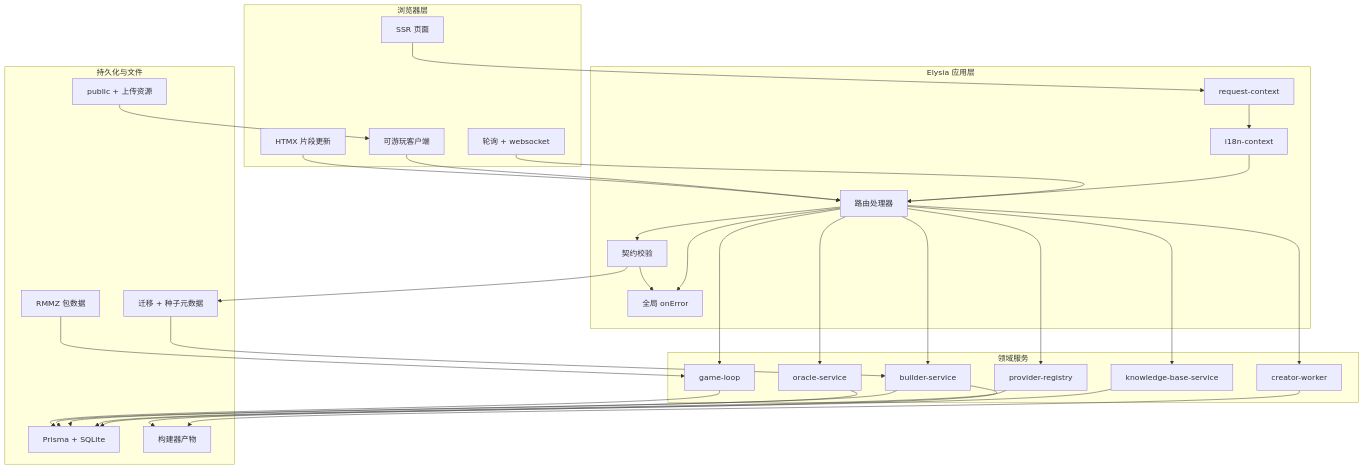
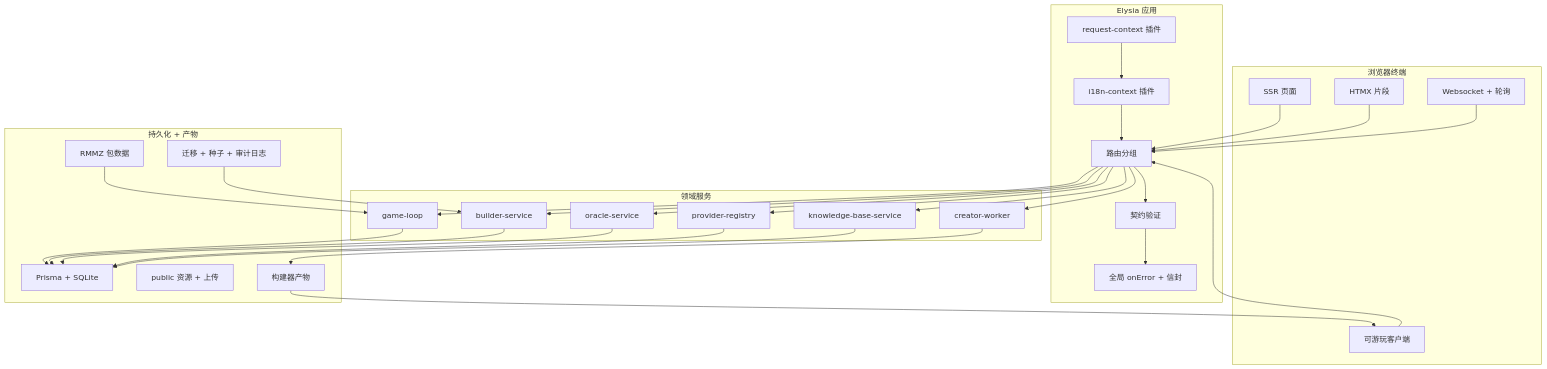
The second of 16 diagrams in README.md (d4551/tea), drawn with Mermaid before and after one commit. The commit also changed other lines of this file and 2 other files, not shown here.

````diff
--- a/README.md
+++ b/README.md
@@ -170,60 +218,52 @@
 ```mermaid
 flowchart TB
-  subgraph 浏览器层["浏览器层"]
+  subgraph Browser["浏览器终端"]
     B_Page["SSR 页面"]
-    B_Frag["HTMX 片段更新"]
+    B_Frag["HTMX 片段"]
     B_Game["可游玩客户端"]
-    B_Transport["轮询 + websocket"]
+    B_Events["Websocket + 轮询"]
   end
 
-  subgraph 应用层["Elysia 应用层"]
-    A_Ctx["request-context"]
-    A_I18n["i18n-context"]
-    A_Route["路由处理器"]
-    A_Contract["契约校验"]
-    A_Error["全局 onError"]
+  subgraph App["Elysia 应用"]
+    A_Plugin["request-context 插件"]
+    A_Locale["i18n-context 插件"]
+    A_Route["路由分组"]
+    A_Contract["契约验证"]
+    A_Error["全局 onError + 信封"]
   end
 
-  subgraph 领域层["领域服务"]
+  subgraph Domain["领域服务"]
     D_Game["game-loop"]
     D_Builder["builder-service"]
     D_Oracle["oracle-service"]
     D_AI["provider-registry"]
     D_Knowledge["knowledge-base-service"]
     D_Worker["creator-worker"]
   end
 
-  subgraph 持久化与文件["持久化与文件"]
+  subgraph Persistence["持久化 + 产物"]
     P_DB["Prisma + SQLite"]
-    P_Assets["public + 上传资源"]
+    P_Assets["public 资源 + 上传"]
     P_Artifacts["构建器产物"]
     P_Pack["RMMZ 包数据"]
-    P_Audit["迁移 + 种子元数据"]
+    P_Audit["迁移 + 种子 + 审计日志"]
   end
 
-  B_Page --> A_Ctx
+  B_Page --> A_Route
   B_Frag --> A_Route
   B_Game --> A_Route
-  B_Transport --> A_Route
-  A_Ctx --> A_I18n --> A_Route
-  A_Route --> D_Game
-  A_Route --> D_Builder
-  A_Route --> D_Oracle
-  A_Route --> D_AI
-  A_Route --> D_Knowledge
-  A_Route --> D_Worker
-  A_Route --> A_Contract
-  A_Contract --> A_Error
-  A_Route --> A_Error
+  B_Events --> A_Route
 
-  D_Game --> P_DB
-  D_Builder --> P_DB
-  D_Builder --> P_Artifacts
-  D_Oracle --> P_DB
-  D_AI --> P_DB
-  D_Knowledge --> P_DB
-  D_Worker --> P_Artifacts
-  A_Contract --> P_Audit --> D_Builder
-  P_Assets --> B_Game
+  A_Plugin --> A_Locale --> A_Route
+  A_Route --> D_Game --> P_DB
+  A_Route --> D_Builder --> P_DB
+  A_Route --> D_Oracle --> P_DB
+  A_Route --> D_AI --> P_DB
+  A_Route --> D_Knowledge --> P_DB
+  A_Route --> D_Worker --> P_Artifacts
+
+  A_Route --> A_Contract --> A_Error
+  P_Audit --> D_Builder
+  P_Artifacts --> B_Game
   P_Pack --> D_Game
 ```
````
